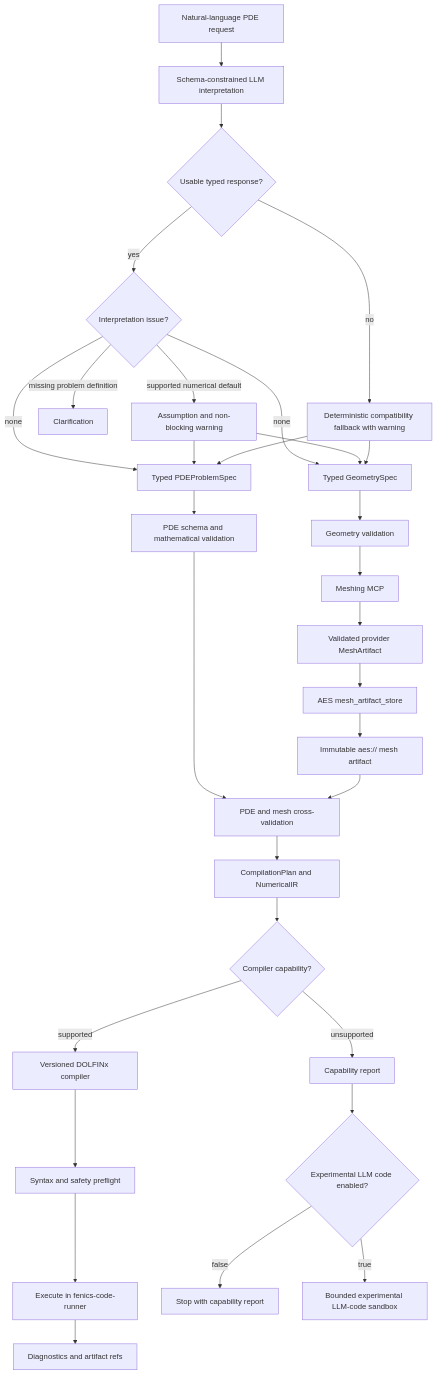
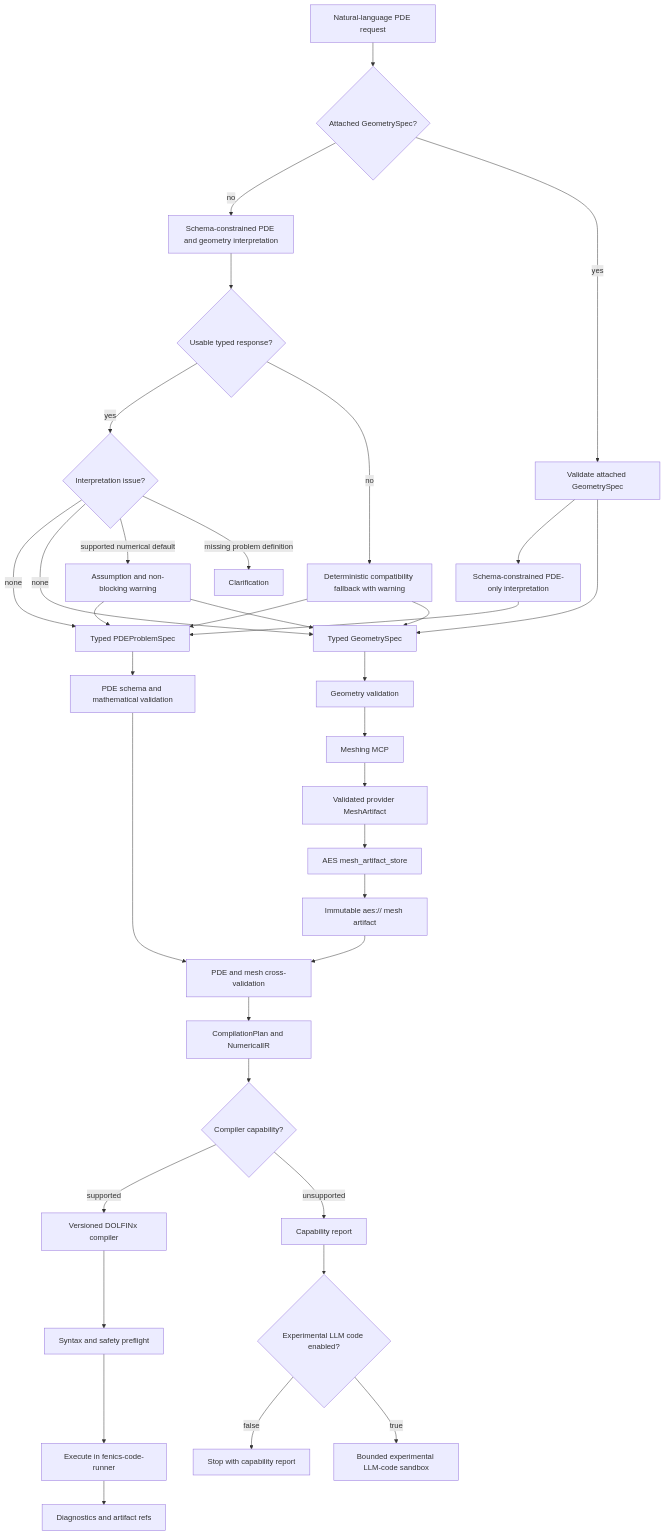
Before and after one commit to RadmirG/AES: the seventh of 10 diagrams in langgraph/architecture.md, drawn with Mermaid. The commit also changed other lines of this file and 20 other files, not shown here.

````diff
--- a/langgraph/architecture.md
+++ b/langgraph/architecture.md
@@ -251,33 +254,38 @@
 ```mermaid
 flowchart TD
-    A["Natural-language PDE request"] --> AI["Schema-constrained LLM interpretation"]
+    A["Natural-language PDE request"] --> AG{"Attached GeometrySpec?"}
+    AG -->|no| AI["Schema-constrained PDE and geometry interpretation"]
+    AG -->|yes| GV["Validate attached GeometrySpec"]
+    GV --> PI["Schema-constrained PDE-only interpretation"]
+    PI --> B
+    GV --> C
     AI --> AV{"Usable typed response?"}
     AV -->|yes| AS{"Interpretation issue?"}
     AS -->|none| B["Typed PDEProblemSpec"]
     AS -->|none| C["Typed GeometrySpec"]
     AS -->|supported numerical default| AW["Assumption and non-blocking warning"]
     AW --> B
     AW --> C
     AS -->|missing problem definition| AX["Clarification"]
     AV -->|no| AF["Deterministic compatibility fallback with warning"]
     AF --> B
     AF --> C
     B --> D["PDE schema and mathematical validation"]
     C --> E["Geometry validation"]
     E --> F["Meshing MCP"]
     F --> G["Validated provider MeshArtifact"]
     G --> GS["AES mesh_artifact_store"]
     GS --> GA["Immutable aes:// mesh artifact"]
     D --> H["PDE and mesh cross-validation"]
     GA --> H
     H --> I["CompilationPlan and NumericalIR"]
     I --> J{"Compiler capability?"}
     J -->|supported| K["Versioned DOLFINx compiler"]
     K --> L["Syntax and safety preflight"]
     L --> M["Execute in fenics-code-runner"]
     M --> N["Diagnostics and artifact refs"]
     J -->|unsupported| O["Capability report"]
     O --> P{"Experimental LLM code enabled?"}
     P -->|false| Q["Stop with capability report"]
     P -->|true| R["Bounded experimental LLM-code sandbox"]
 ```
````
